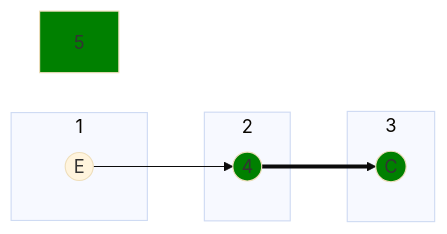
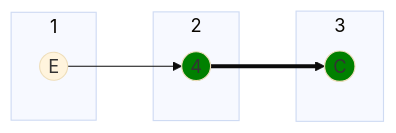
Before and after one commit to algos-ris-24-3/manual-tasks: the second of 12 diagrams in Задание 8/girls.md, drawn with Mermaid (base theme). The commit also changed other lines of this file, not shown here.

````diff
--- a/Задание 8/girls.md
+++ b/Задание 8/girls.md
@@ -74,18 +74,17 @@
 ```mermaid
 graph LR
     subgraph " 1 "
         E((E))
     end
     subgraph " 2 "
         4((4))
     end
     subgraph " 3 "
         C((C))
     end
     
     E --> 4 ==> C
     
     style 4 fill:#008000
     style C fill:#008000
-    style 5 fill:#008000
 ```
````
